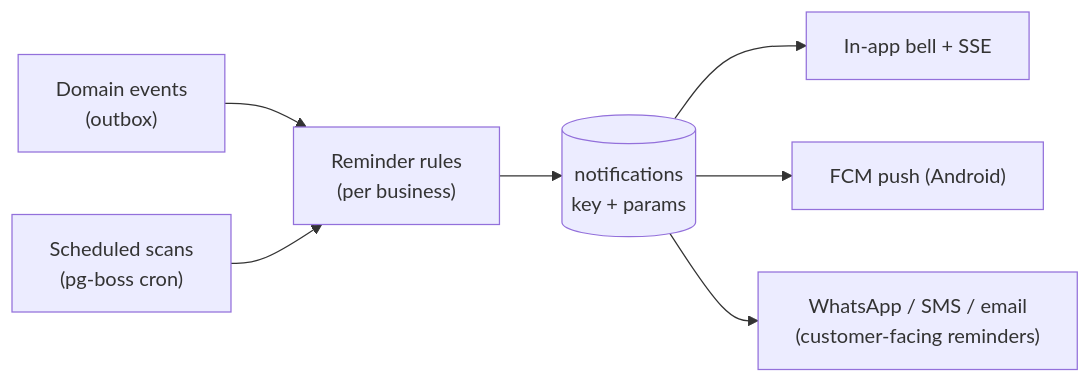
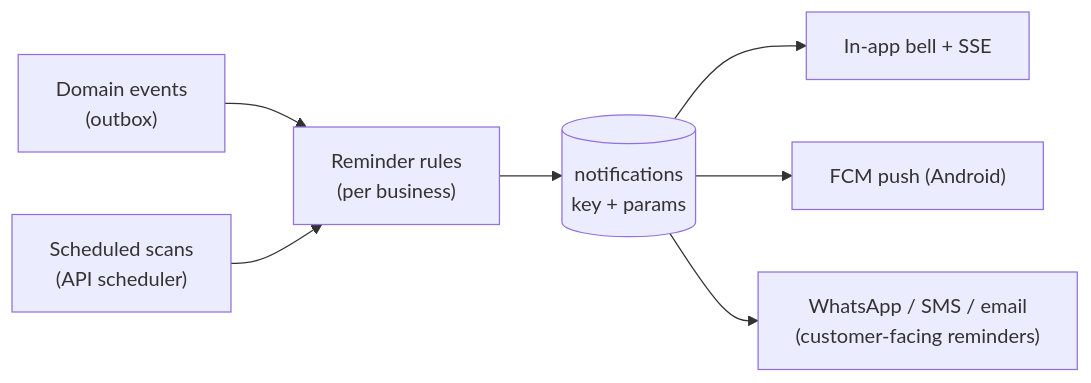
Before and after one commit to shailendrasahug010/BillingSystem: the third of 3 diagrams in docs/01-architecture.md, drawn with Mermaid. The commit also changed other lines of this file and 32 other files, not shown here.

````diff
--- a/docs/01-architecture.md
+++ b/docs/01-architecture.md
@@ -232,9 +232,9 @@
 ```mermaid
 flowchart LR
   EV["Domain events<br/>(outbox)"] --> RULES["Reminder rules<br/>(per business)"]
-  CRON["Scheduled scans<br/>(pg-boss cron)"] --> RULES
+  CRON["Scheduled scans<br/>(API scheduler)"] --> RULES
   RULES --> N[("notifications<br/>key + params")]
   N --> INAPP["In-app bell + SSE"]
   N --> PUSH["FCM push (Android)"]
   N --> WA["WhatsApp / SMS / email<br/>(customer-facing reminders)"]
 ```
````
